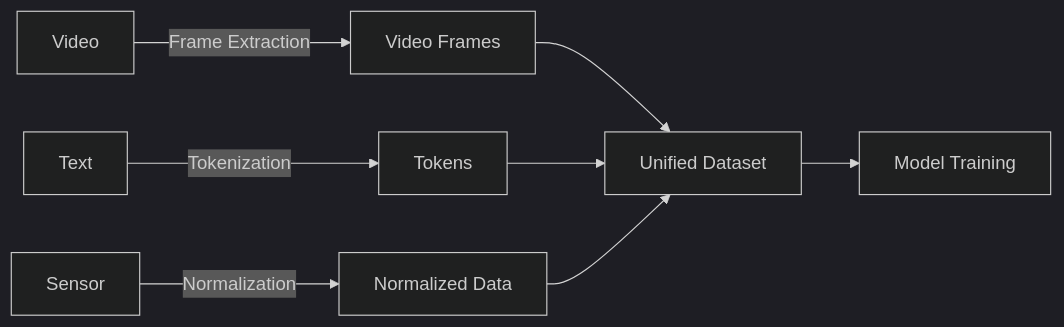
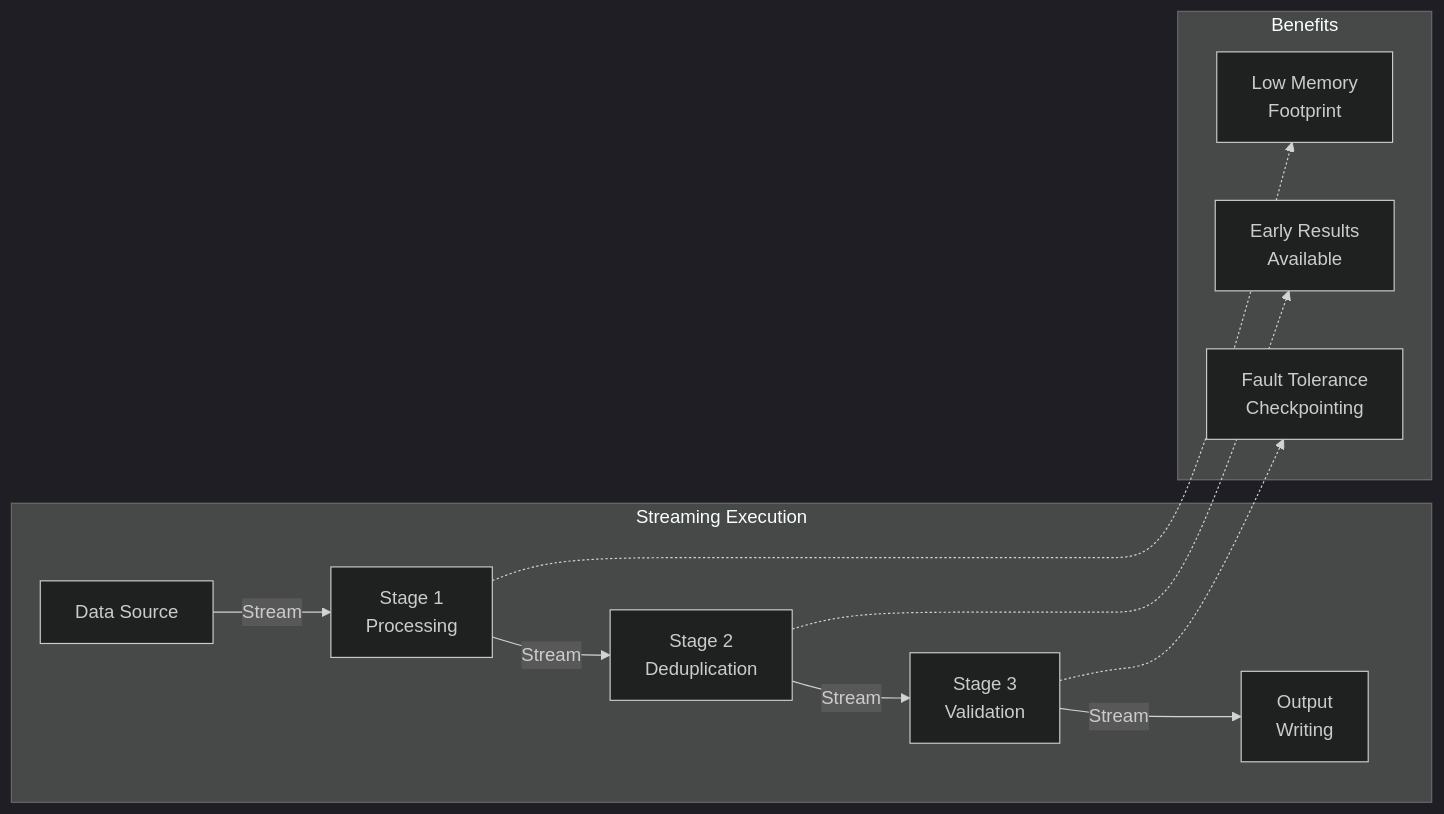
One commit to stephenoffer/nvidia-demo changed the seventh of 12 diagrams in README.md. Above: the diagram before and after it, drawn with Mermaid (dark theme). The commit also changed other lines of this file and 68 other files, not shown here.

````diff
--- a/README.md
+++ b/README.md
@@ -215,12 +517,19 @@
 ```mermaid
 graph LR
-    A[Video] -->|Frame Extraction| B[Video Frames]
-    C[Text] -->|Tokenization| D[Tokens]
-    E[Sensor] -->|Normalization| F[Normalized Data]
+    subgraph "Streaming Execution"
+        A[Data Source] -->|Stream| B[Stage 1<br/>Processing]
+        B -->|Stream| C[Stage 2<br/>Deduplication]
+        C -->|Stream| D[Stage 3<br/>Validation]
+        D -->|Stream| E[Output<br/>Writing]
+    end
     
-    B --> G[Unified Dataset]
-    D --> G
-    F --> G
+    subgraph "Benefits"
+        F[Low Memory<br/>Footprint]
+        G[Early Results<br/>Available]
+        H[Fault Tolerance<br/>Checkpointing]
+    end
     
-    G --> H[Model Training]
+    B -.-> F
+    C -.-> G
+    D -.-> H
 ```
````
